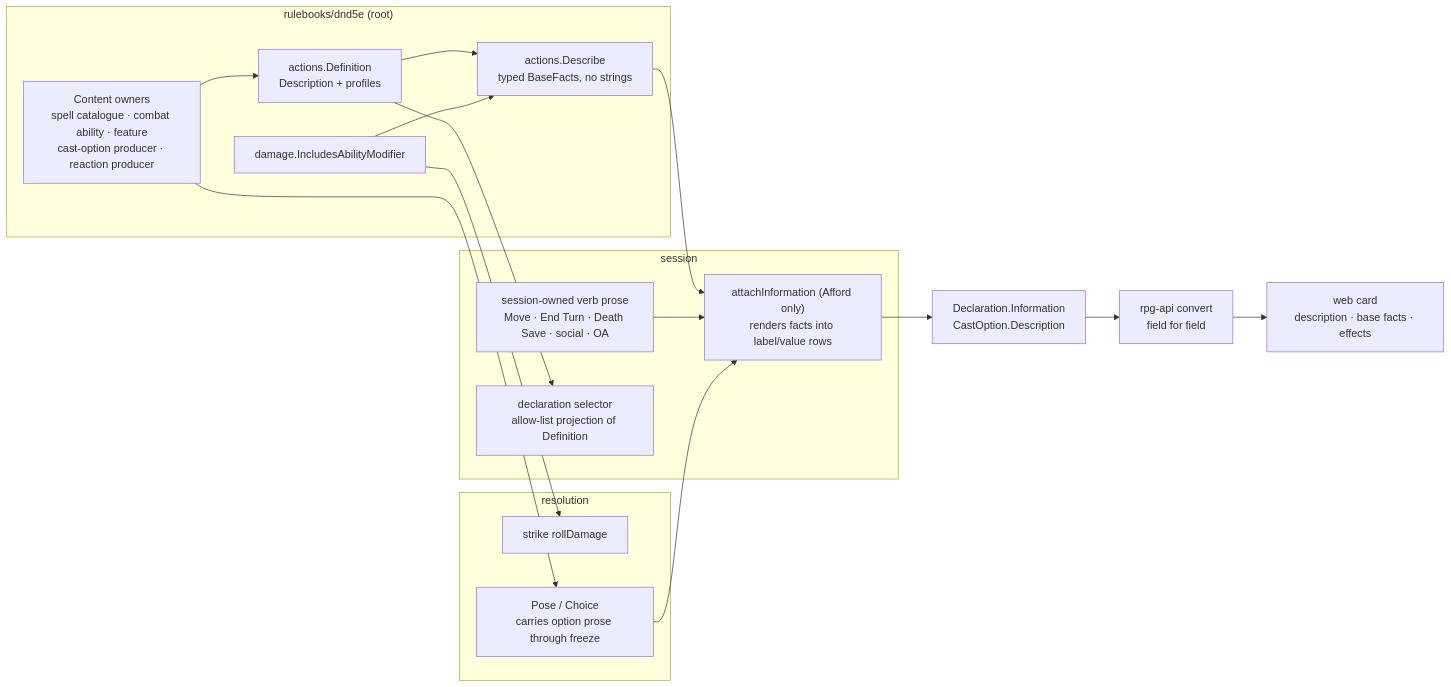
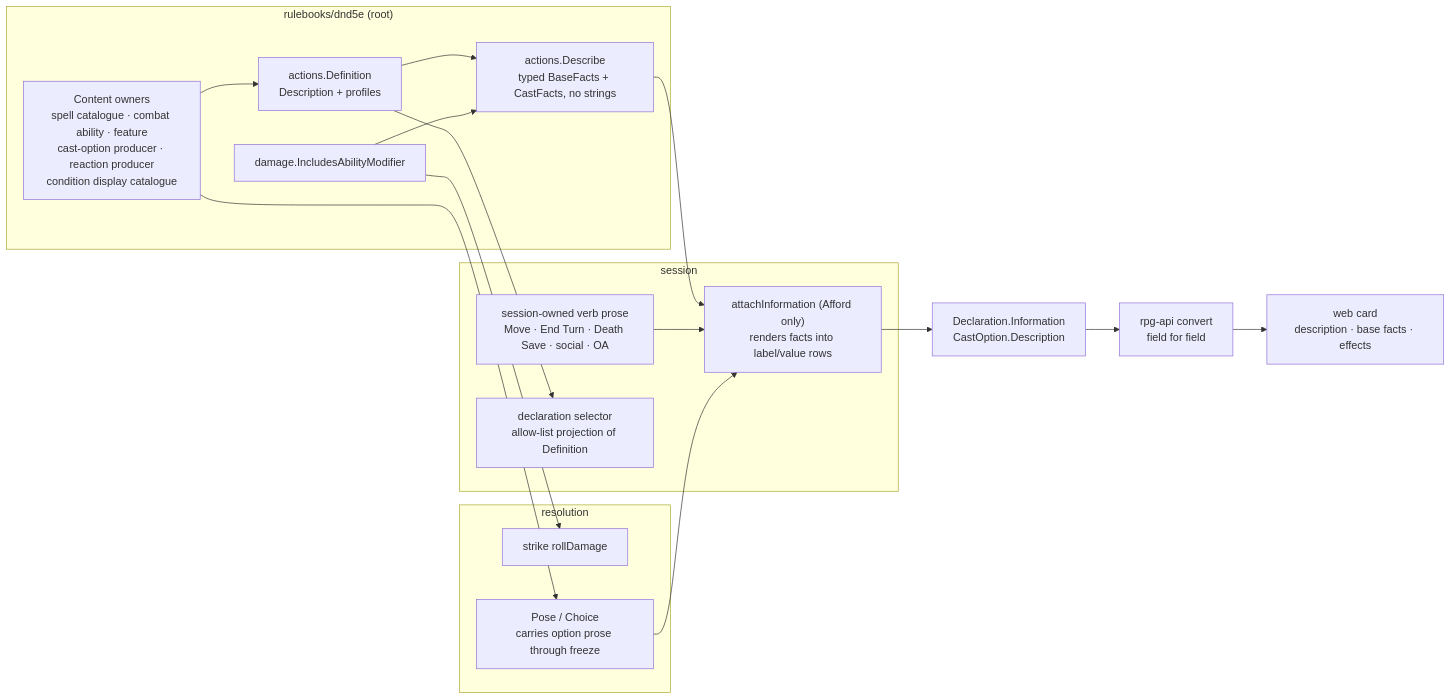
The diagram in ideas/action-information/provider-design.md (KirkDiggler/rpg-project), drawn with Mermaid before and after one commit. The commit also changed other lines of this file and 1 other file, not shown here.

Commit message:
design: action information — cast facts are stated (R14)
Settles O3 as R14: saves, DC, success outcome, cast damage, applied
conditions with their catalogue detail, healing, range, targets, area and
concentration become typed facts in the root and rows at the session
projection. Adds the condition-detail content work, tests and walk steps.

— platform agent, on behalf of KirkDiggler

````diff
--- a/ideas/action-information/provider-design.md
+++ b/ideas/action-information/provider-design.md
@@ -9,29 +9,29 @@
 ```mermaid
 flowchart LR
   subgraph Root["rulebooks/dnd5e (root)"]
-    Content["Content owners<br/>spell catalogue · combat ability · feature<br/>cast-option producer · reaction producer"]
+    Content["Content owners<br/>spell catalogue · combat ability · feature<br/>cast-option producer · reaction producer<br/>condition display catalogue"]
     Def["actions.Definition<br/>Description + profiles"]
-    Facts["actions.Describe<br/>typed BaseFacts, no strings"]
+    Facts["actions.Describe<br/>typed BaseFacts + CastFacts, no strings"]
     Rule["damage.IncludesAbilityModifier"]
     Content --> Def --> Facts
     Rule --> Facts
   end
   subgraph Res["resolution"]
     Strike["strike rollDamage"]
     Pose["Pose / Choice<br/>carries option prose through freeze"]
   end
   Rule --> Strike
   Content --> Pose
   subgraph Ses["session"]
     Attach["attachInformation (Afford only)<br/>renders facts into label/value rows"]
     Verbs["session-owned verb prose<br/>Move · End Turn · Death Save · social · OA"]
     Sel["declaration selector<br/>allow-list projection of Definition"]
   end
   Facts --> Attach
   Verbs --> Attach
   Pose --> Attach
   Def --> Sel
   Attach --> Decl["Declaration.Information<br/>CastOption.Description"]
   Decl --> API["rpg-api convert<br/>field for field"]
   API --> Web["web card<br/>description · base facts · effects"]
 ```
````
